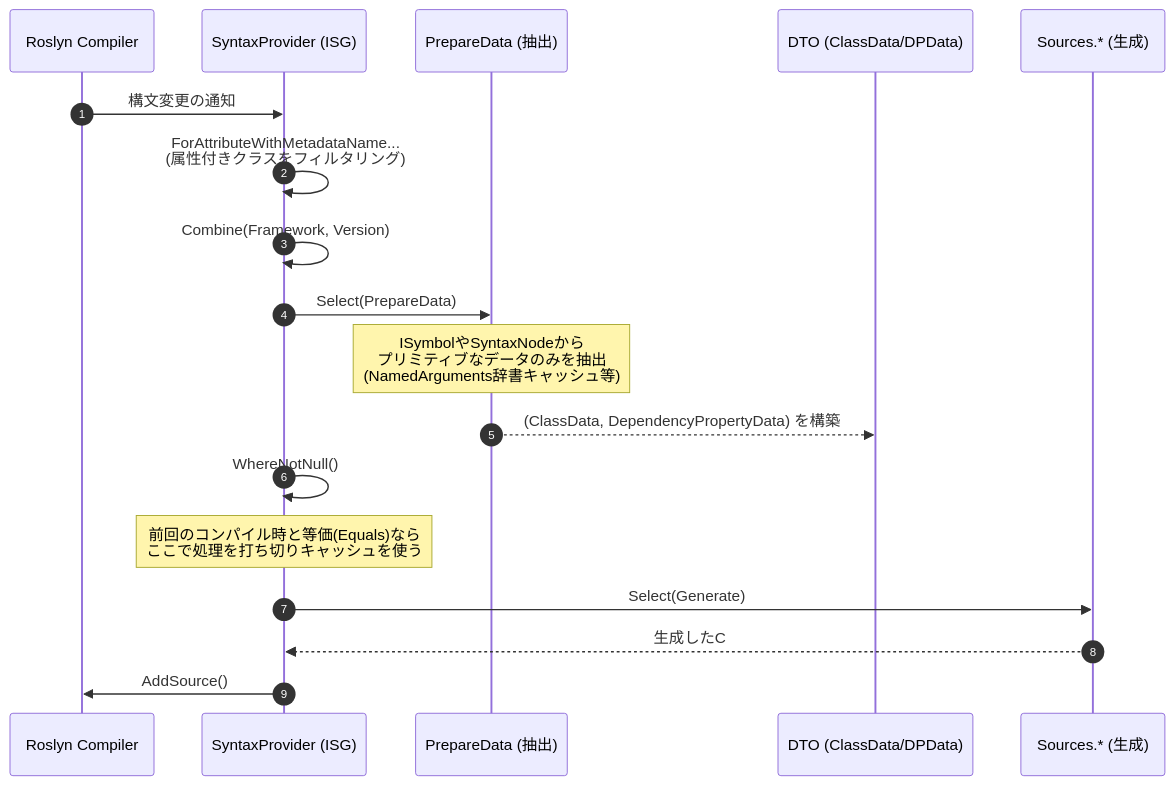
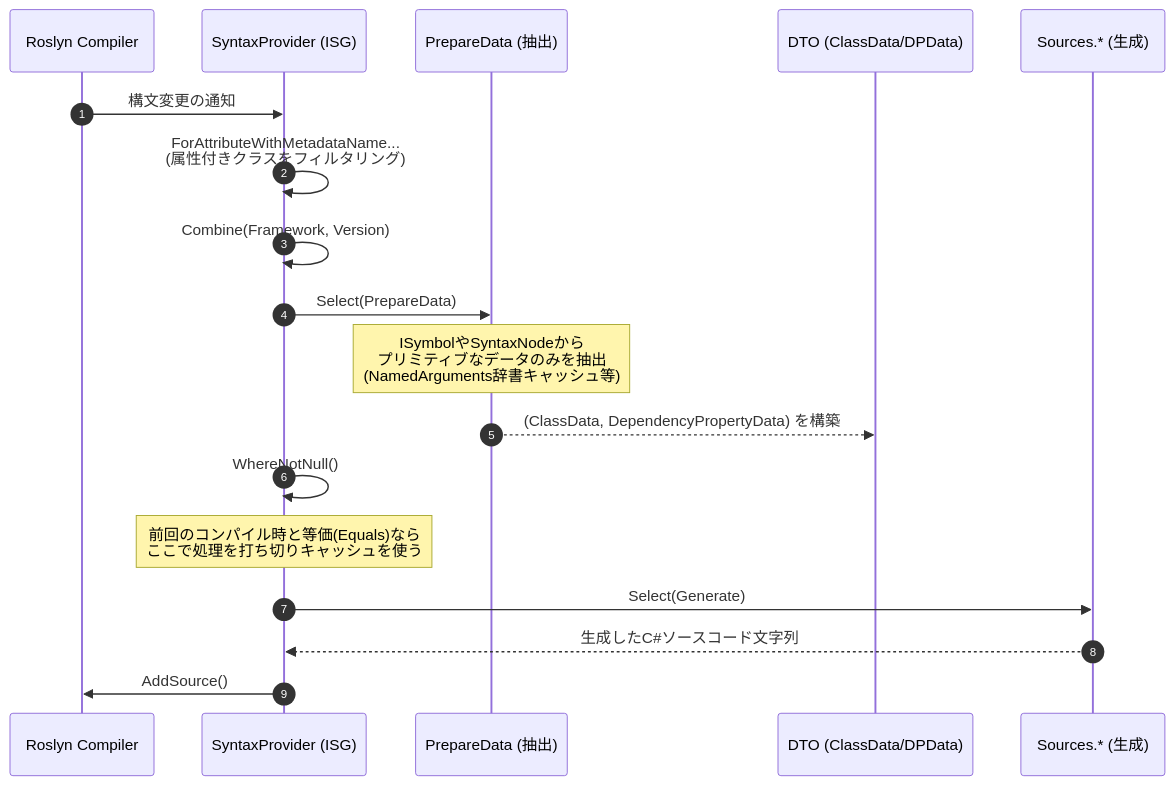
One commit to kassyi/DependencyPropertyGenerator changed the first of 6 diagrams in spec/ja/02_pipeline_architecture.md. Above: the diagram before and after it, drawn with Mermaid. The commit also changed other lines of this file and 8 other files, not shown here.

````diff
--- a/spec/ja/02_pipeline_architecture.md
+++ b/spec/ja/02_pipeline_architecture.md
@@ -12,21 +13,21 @@
 ```mermaid
 sequenceDiagram
     autonumber
     participant Compiler as Roslyn Compiler
     participant SP as SyntaxProvider (ISG)
     participant Prepare as PrepareData (抽出)
     participant Model as DTO (ClassData/DPData)
     participant Source as Sources.* (生成)
 
     Compiler->>SP: 構文変更の通知
     SP->>SP: ForAttributeWithMetadataName...<br/>(属性付きクラスをフィルタリング)
     SP->>SP: Combine(Framework, Version)
     SP->>Prepare: Select(PrepareData)
     Note over Prepare: ISymbolやSyntaxNodeから<br/>プリミティブなデータのみを抽出<br/>(NamedArguments辞書キャッシュ等)
     Prepare-->>Model: (ClassData, DependencyPropertyData) を構築
     SP->>SP: WhereNotNull()
     Note over SP: 前回のコンパイル時と等価(Equals)なら<br/>ここで処理を打ち切りキャッシュを使う
     SP->>Source: Select(Generate)
-    Source-->>SP: 生成したC#ソース文字列
+    Source-->>SP: 生成したC#35;ソースコード文字列
     SP->>Compiler: AddSource()
 ```
````
